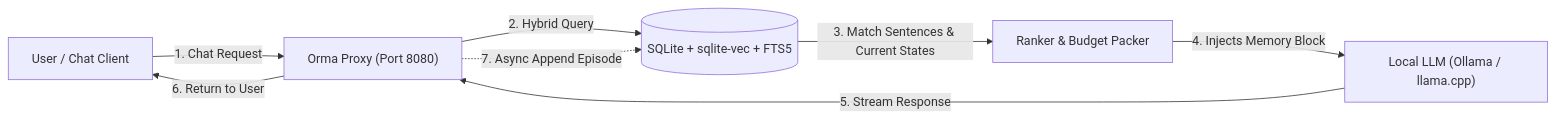
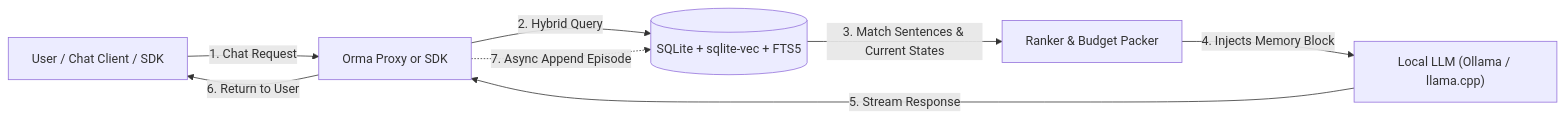
One commit to wizardwithcodehazard/orma changed the first of 2 diagrams in README.md. Above: the diagram before and after it, drawn with Mermaid. The commit also changed other lines of this file, not shown here.

Commit message:
docs: add comprehensive Python SDK, OpenAI client, LangChain, and multi-tenant usage guides

````diff
--- a/README.md
+++ b/README.md
@@ -32,10 +48,10 @@
 ```mermaid
 flowchart LR
-    User["User / Chat Client"] -->|"1. Chat Request"| Proxy["Orma Proxy (Port 8080)"]
+    User["User / Chat Client / SDK"] -->|"1. Chat Request"| Proxy["Orma Proxy or SDK"]
     Proxy -->|"2. Hybrid Query"| Store[("SQLite + sqlite-vec + FTS5")]
     Store -->|"3. Match Sentences & Current States"| Ranker["Ranker & Budget Packer"]
     Ranker -->|"4. Injects Memory Block"| Upstream["Local LLM (Ollama / llama.cpp)"]
     Upstream -->|"5. Stream Response"| Proxy
     Proxy -->|"6. Return to User"| User
     Proxy -.->|"7. Async Append Episode"| Store
 ```
````
